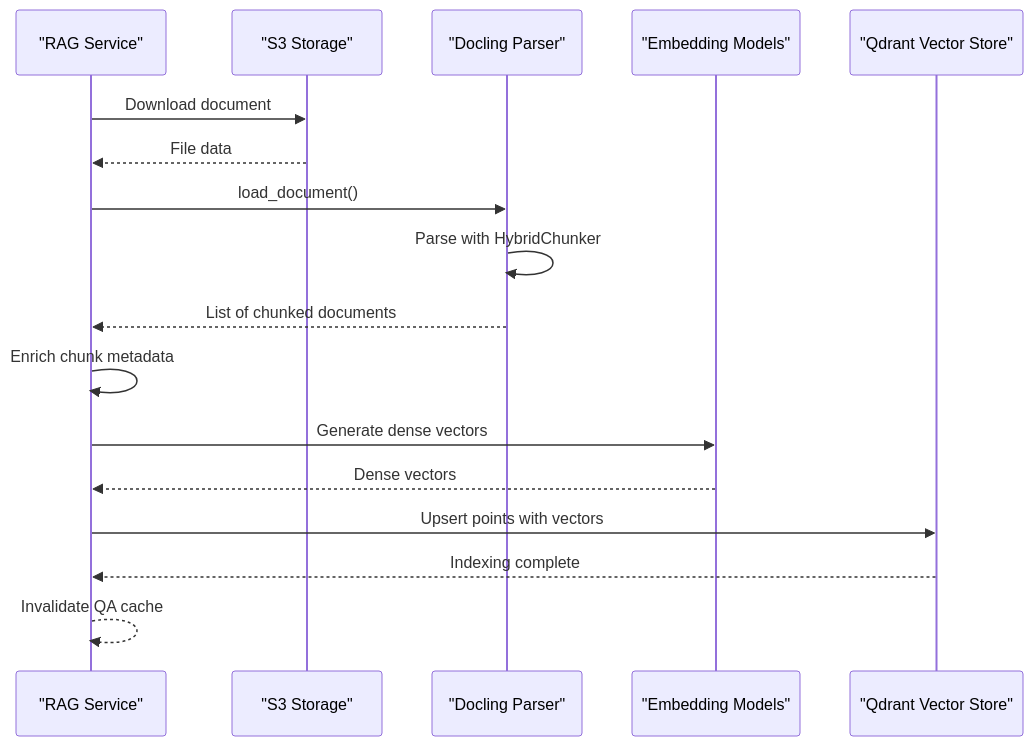
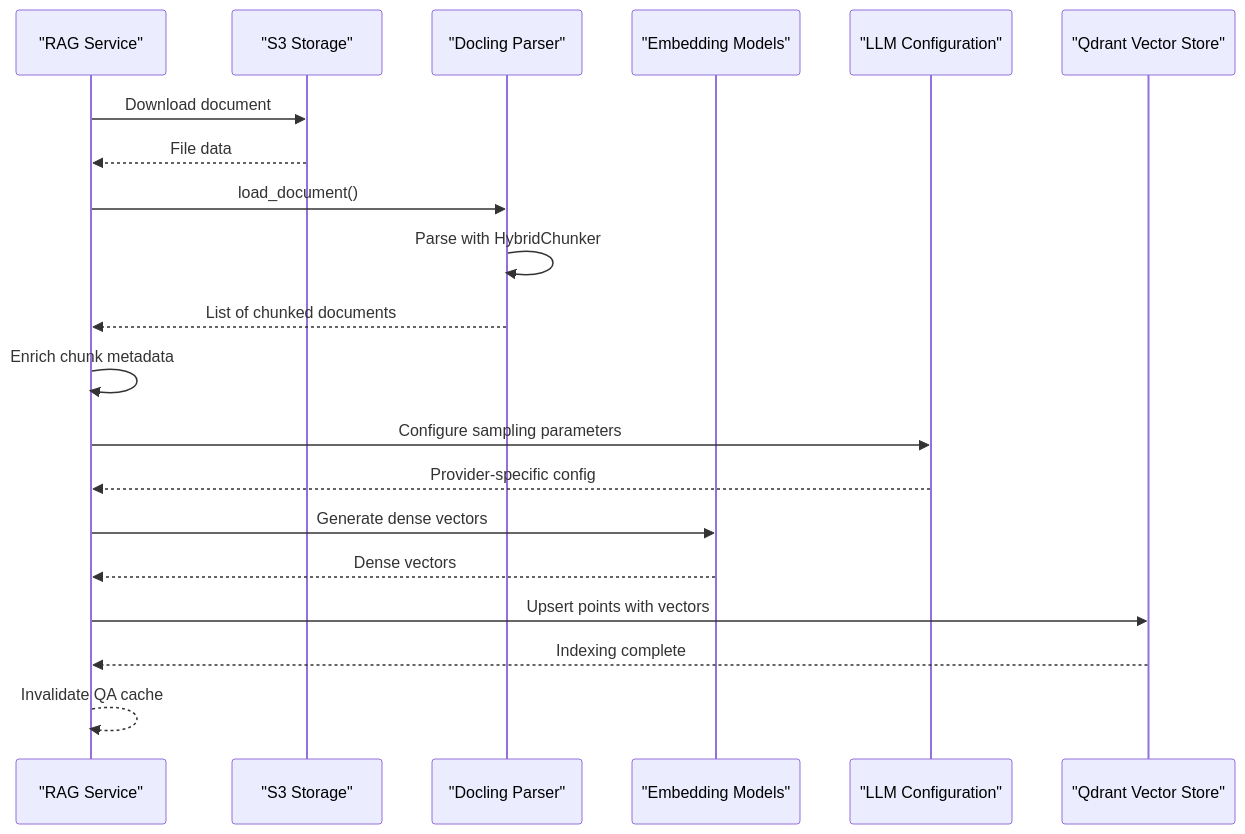
One commit to ognelis/cafetera_hr_bot changed the seventh of 9 diagrams in .qoder/repowiki/en/content/RAG Integration/RAG Parser Enhancement.md. Above: the diagram before and after it, drawn with Mermaid. The commit also changed other lines of this file and 9 other files, not shown here.

````diff
--- a/.qoder/repowiki/en/content/RAG Integration/RAG Parser Enhancement.md
+++ b/.qoder/repowiki/en/content/RAG Integration/RAG Parser Enhancement.md
@@ -268,19 +318,22 @@
 ```mermaid
 sequenceDiagram
 participant Service as "RAG Service"
 participant S3 as "S3 Storage"
 participant Parser as "Docling Parser"
 participant Embeddings as "Embedding Models"
+participant LLMConfig as "LLM Configuration"
 participant Qdrant as "Qdrant Vector Store"
 Service->>S3 : Download document
 S3-->>Service : File data
 Service->>Parser : load_document()
 Parser->>Parser : Parse with HybridChunker
 Parser-->>Service : List of chunked documents
 Service->>Service : Enrich chunk metadata
+Service->>LLMConfig : Configure sampling parameters
+LLMConfig-->>Service : Provider-specific config
 Service->>Embeddings : Generate dense vectors
 Embeddings-->>Service : Dense vectors
 Service->>Qdrant : Upsert points with vectors
 Qdrant-->>Service : Indexing complete
 Service-->>Service : Invalidate QA cache
 ```
````
